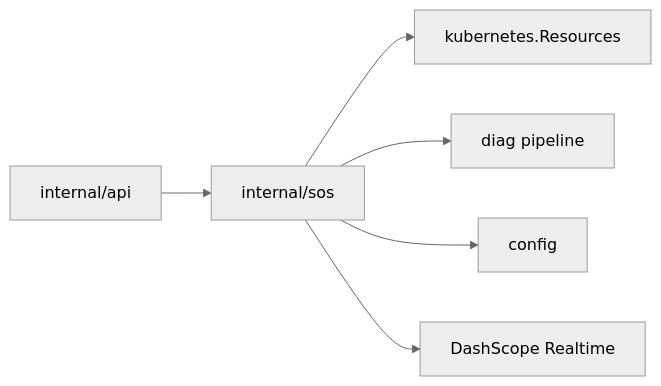
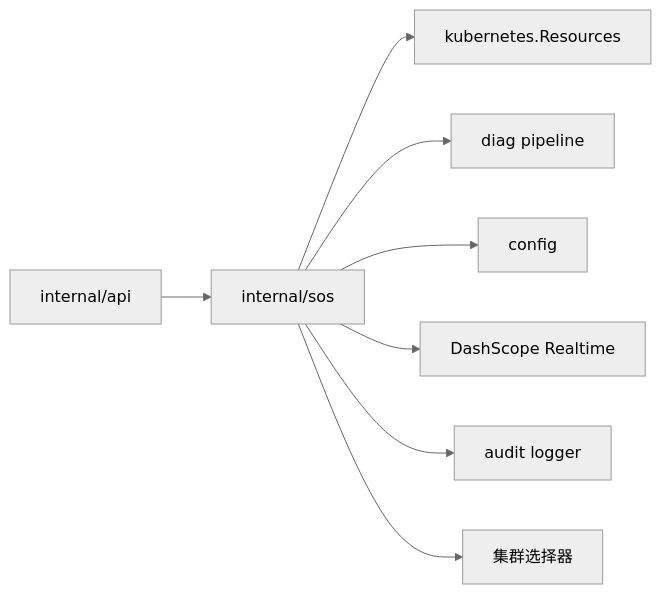
The third of 3 diagrams in .qoder/repowiki/zh/content/核心功能/SOS紧急语音对话模式.md (kudig-io/klaw), drawn with Mermaid (neutral theme) before and after one commit. The commit also changed other lines of this file and 257 other files, not shown here.

````diff
--- a/.qoder/repowiki/zh/content/核心功能/SOS紧急语音对话模式.md
+++ b/.qoder/repowiki/zh/content/核心功能/SOS紧急语音对话模式.md
@@ -236,8 +314,10 @@
 ```mermaid
 graph LR
 API["internal/api"] --> SOS["internal/sos"]
 SOS --> K8S["kubernetes.Resources"]
 SOS --> DIAG["diag pipeline"]
 SOS --> CFG["config"]
 SOS --> DS["DashScope Realtime"]
+SOS --> AUDIT["audit logger"]
+SOS --> CLUSTER["集群选择器"]
 ```
````
